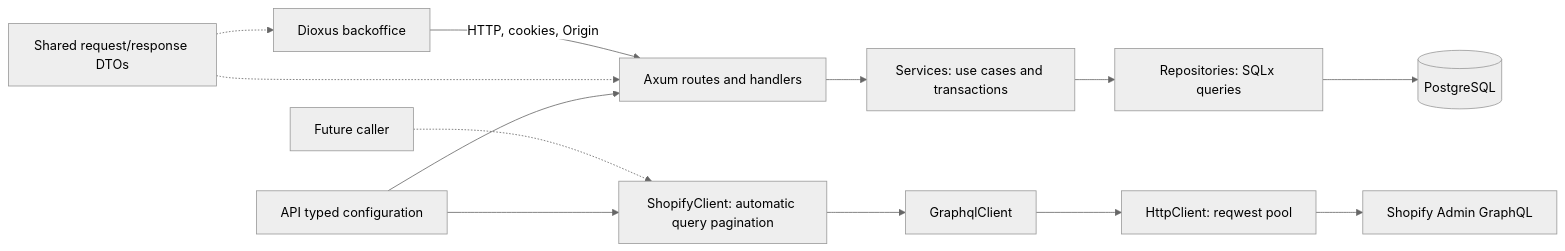
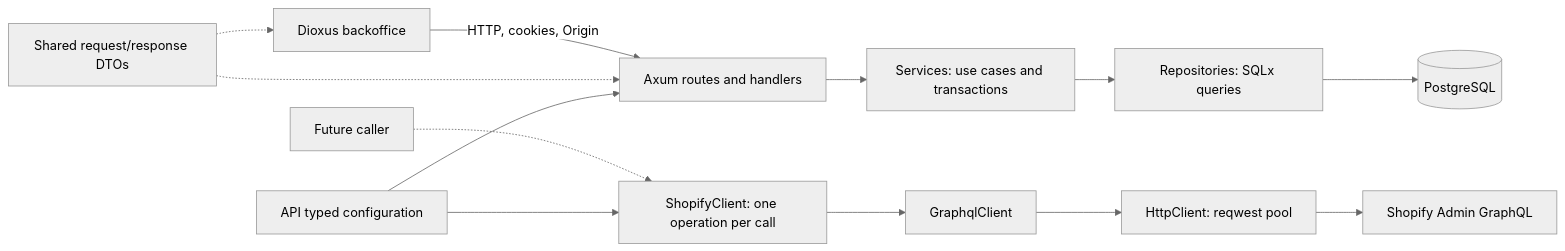
The first of 3 diagrams in docs/architecture.md (enzumeii/monolith), drawn with Mermaid (neutral theme) before and after one commit. The commit also changed other lines of this file and 61 other files, not shown here.

Commit message:
refactor(api): expose report pagination and inject Shopify client

````diff
--- a/docs/architecture.md
+++ b/docs/architecture.md
@@ -7,15 +7,15 @@
 ```mermaid
 flowchart LR
     UI["Dioxus backoffice"] -->|"HTTP, cookies, Origin"| API["Axum routes and handlers"]
     API --> SERVICES["Services: use cases and transactions"]
     SERVICES --> REPO["Repositories: SQLx queries"]
     REPO --> DB[("PostgreSQL")]
     DOMAIN["Shared request/response DTOs"] -.-> UI
     DOMAIN -.-> API
-    CALLER["Future caller"] -.-> SHOPIFY["ShopifyClient: automatic query pagination"]
+    CALLER["Future caller"] -.-> SHOPIFY["ShopifyClient: one operation per call"]
     SHOPIFY --> GQL["GraphqlClient"]
     GQL --> HTTP["HttpClient: reqwest pool"]
     HTTP --> REMOTE["Shopify Admin GraphQL"]
     CONFIG["API typed configuration"] --> API
     CONFIG --> SHOPIFY
 ```
````
